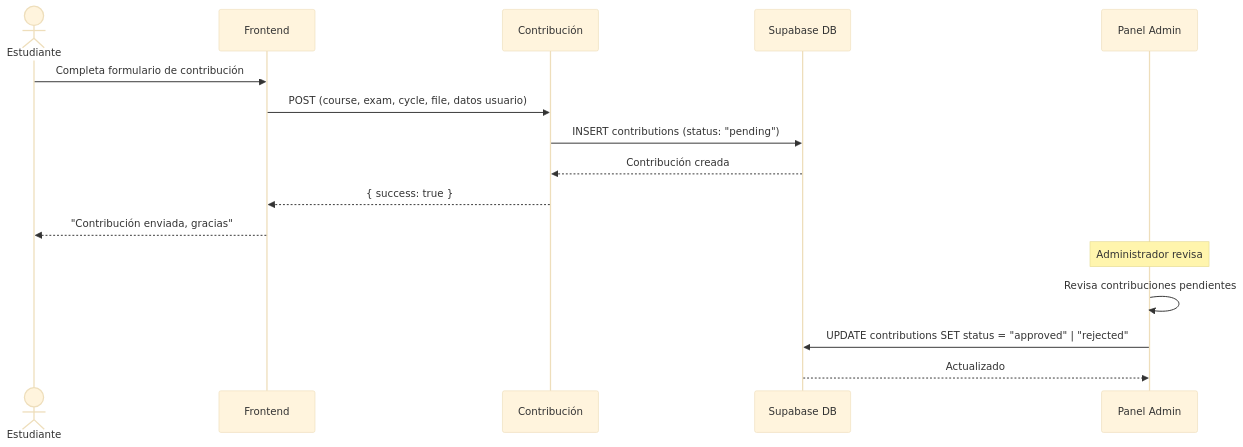
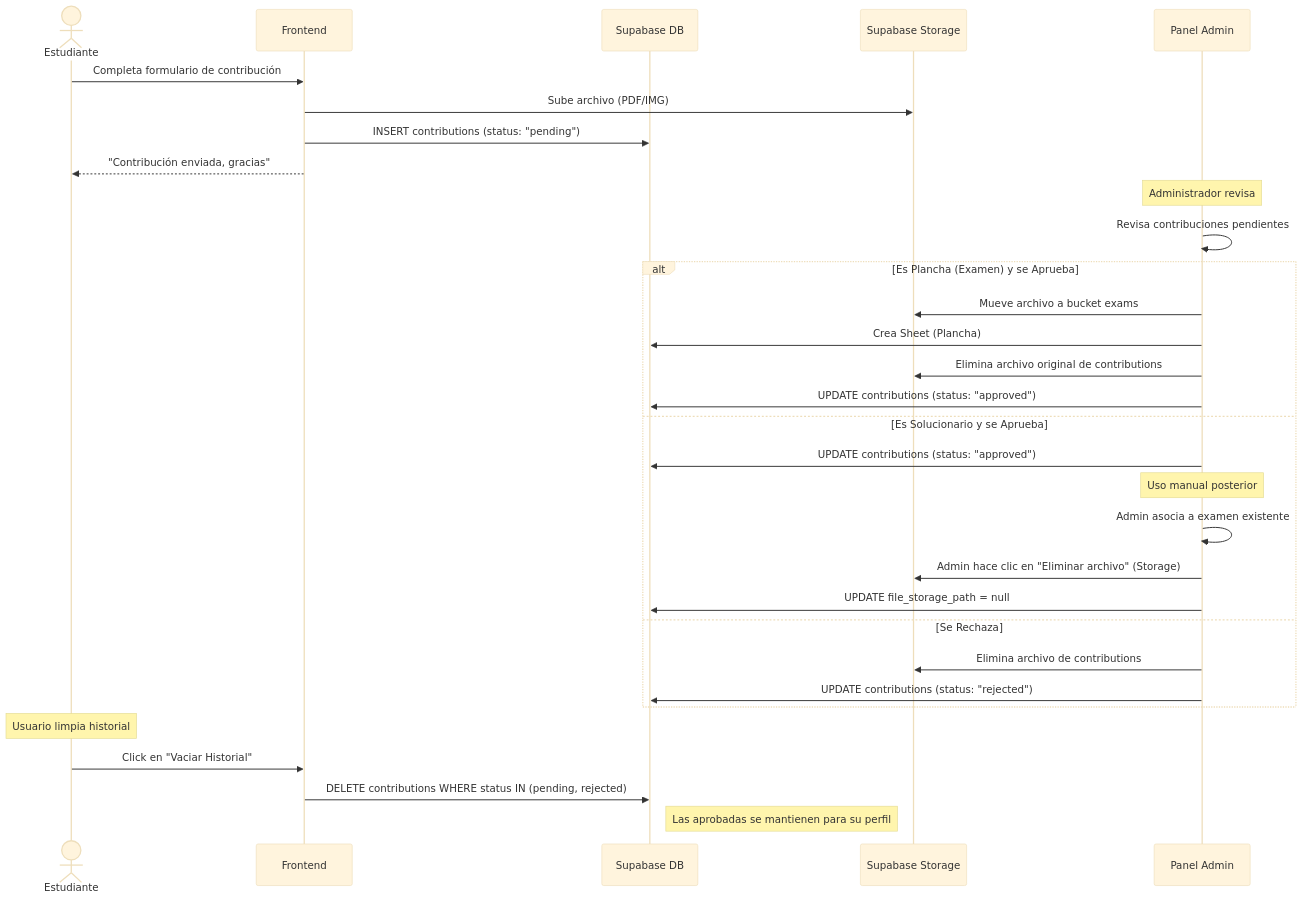
Diagram 12 of 13 in docs/flujos.md (ccUnicode/TrikaWeb), drawn with Mermaid (base theme) before and after one commit. The commit also changed other lines of this file and 1 other file, not shown here.

Commit message:
docs: update contributions flow to reflect solution/exam separation and cleanup

````diff
--- a/docs/flujos.md
+++ b/docs/flujos.md
@@ -509,20 +509,37 @@
 ```mermaid
 sequenceDiagram
     actor User as Estudiante
     participant UI as Frontend
-    participant API as Contribución
     participant DB as Supabase DB
+    participant Storage as Supabase Storage
     participant AdminUI as Panel Admin
     
     User->>UI: Completa formulario de contribución
-    UI->>API: POST (course, exam, cycle, file, datos usuario)
-    API->>DB: INSERT contributions (status: "pending")
-    DB-->>API: Contribución creada
-    API-->>UI: { success: true }
+    UI->>Storage: Sube archivo (PDF/IMG)
+    UI->>DB: INSERT contributions (status: "pending")
     UI-->>User: "Contribución enviada, gracias"
 
     Note over AdminUI: Administrador revisa
     AdminUI->>AdminUI: Revisa contribuciones pendientes
-    AdminUI->>DB: UPDATE contributions SET status = "approved" | "rejected"
-    DB-->>AdminUI: Actualizado
+    
+    alt Es Plancha (Examen) y se Aprueba
+        AdminUI->>Storage: Mueve archivo a bucket exams
+        AdminUI->>DB: Crea Sheet (Plancha)
+        AdminUI->>Storage: Elimina archivo original de contributions
+        AdminUI->>DB: UPDATE contributions (status: "approved")
+    else Es Solucionario y se Aprueba
+        AdminUI->>DB: UPDATE contributions (status: "approved")
+        Note over AdminUI: Uso manual posterior
+        AdminUI->>AdminUI: Admin asocia a examen existente
+        AdminUI->>Storage: Admin hace clic en "Eliminar archivo" (Storage)
+        AdminUI->>DB: UPDATE file_storage_path = null
+    else Se Rechaza
+        AdminUI->>Storage: Elimina archivo de contributions
+        AdminUI->>DB: UPDATE contributions (status: "rejected")
+    end
+    
+    Note over User: Usuario limpia historial
+    User->>UI: Click en "Vaciar Historial"
+    UI->>DB: DELETE contributions WHERE status IN (pending, rejected)
+    Note right of DB: Las aprobadas se mantienen para su perfil
 ```
````
